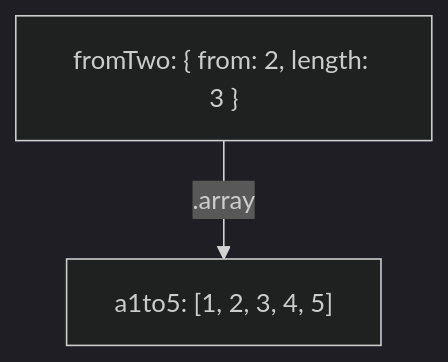
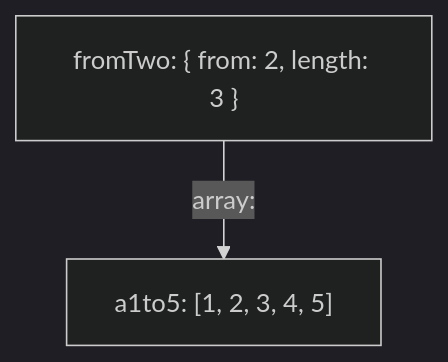
The fourth of 7 diagrams in _posts/2019-01-14-structural-sharing-and-copy-on-write.md (raganwald/raganwald.github.com), drawn with Mermaid (dark theme) before and after one commit. The commit also changed other lines of this file, not shown here.

```diff
--- a/_posts/2019-01-14-structural-sharing-and-copy-on-write.md
+++ b/_posts/2019-01-14-structural-sharing-and-copy-on-write.md
@@ -316,4 +316,4 @@
 <div class="mermaid">
   graph TD
-    b["fromTwo: { from: 2, length: 3 }"]-- .array -->a["a1to5: [1, 2, 3, 4, 5]"];
+    b["fromTwo: { from: 2, length: 3 }"]-->|array:|a["a1to5: [1, 2, 3, 4, 5]"];
 </div>
```
